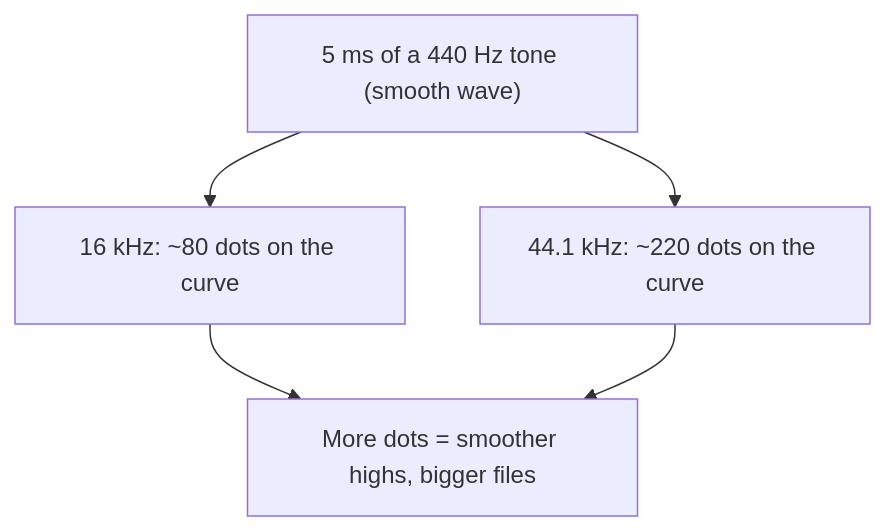
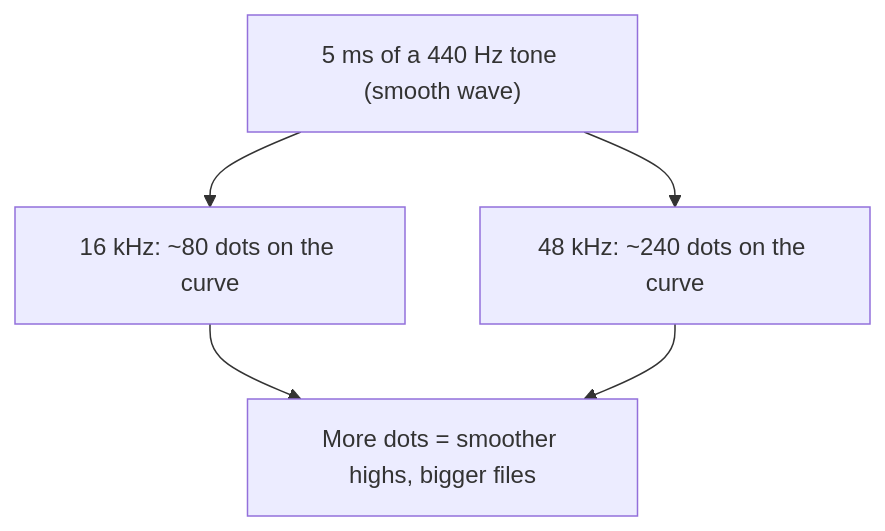
The second of 7 diagrams in docs/concepts/01_audio_fundamentals.md (tungnguyenlam/audio-prepare-pipeline-redo), drawn with Mermaid before and after one commit. The commit also changed other lines of this file and 12 other files, not shown here.

````diff
--- a/docs/concepts/01_audio_fundamentals.md
+++ b/docs/concepts/01_audio_fundamentals.md
@@ -30,7 +30,7 @@
 ```mermaid
 flowchart TD
     W["5 ms of a 440 Hz tone (smooth wave)"] --> S16["16 kHz: ~80 dots on the curve"]
-    W --> S44["44.1 kHz: ~220 dots on the curve"]
+    W --> S48["48 kHz: ~240 dots on the curve"]
     S16 --> Q["More dots = smoother highs, bigger files"]
-    S44 --> Q
+    S48 --> Q
 ```
````
